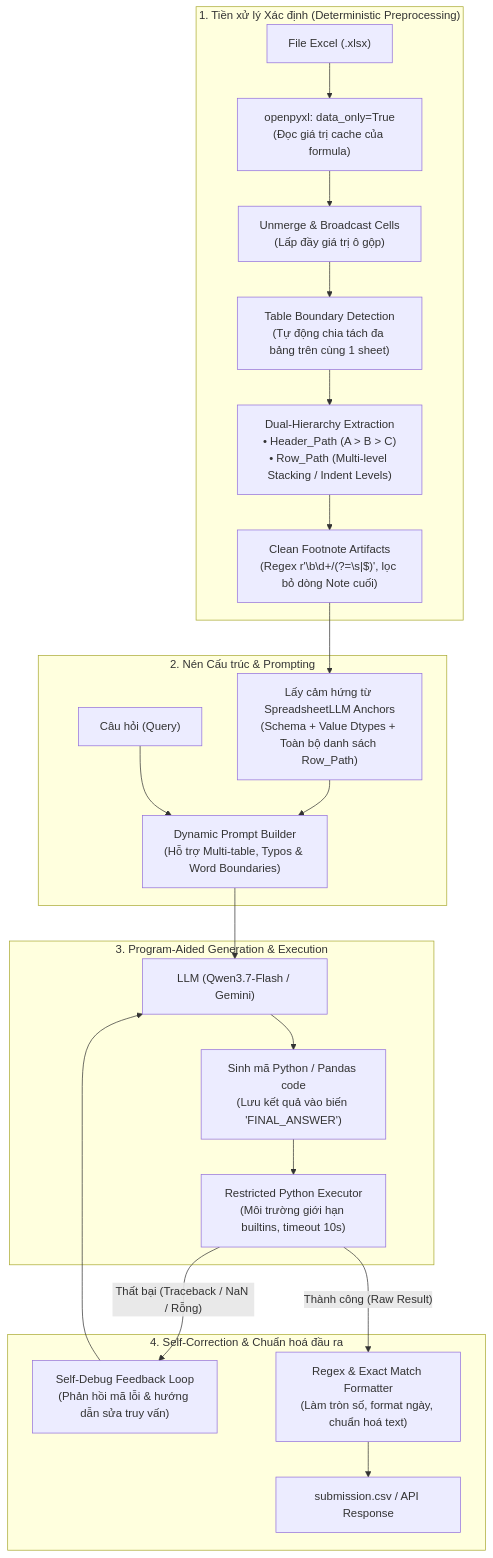
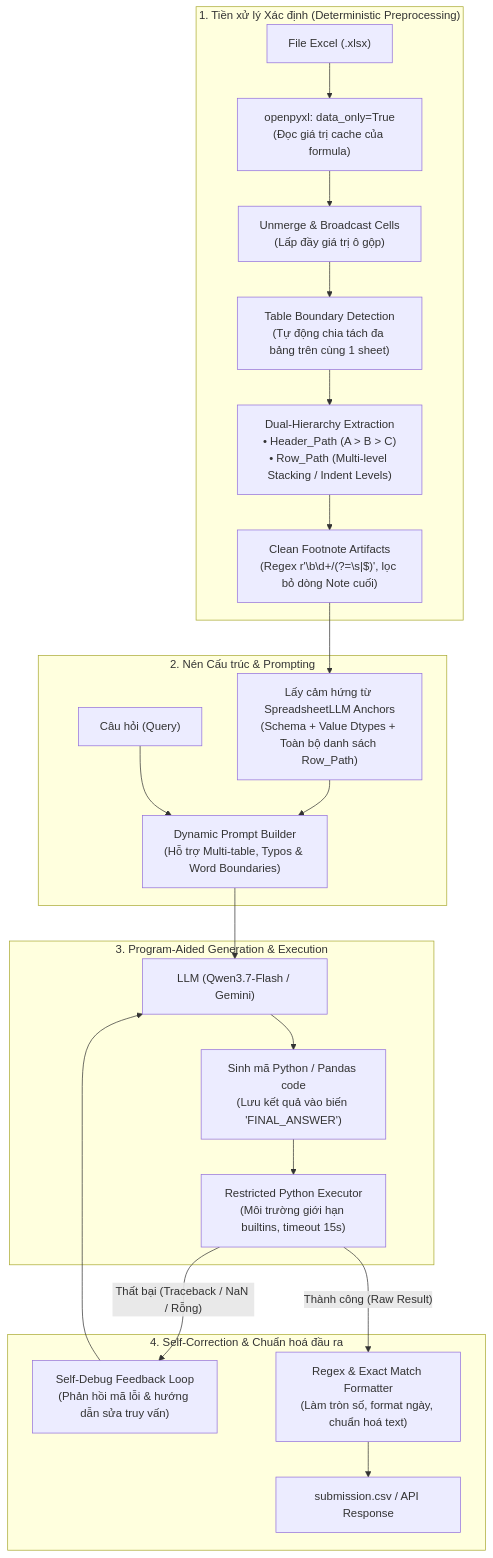
Before and after one commit to daFoggo/round-1: the diagram in README.md, drawn with Mermaid. The commit also changed other lines of this file and 19 other files, not shown here.

````diff
--- a/README.md
+++ b/README.md
@@ -9,29 +9,29 @@
 ```mermaid
 flowchart TD
     subgraph S1["1. Tiền xử lý Xác định (Deterministic Preprocessing)"]
         F["File Excel (.xlsx)"] --> P1["openpyxl: data_only=True<br/>(Đọc giá trị cache của formula)"]
         P1 --> P2["Unmerge & Broadcast Cells<br/>(Lấp đầy giá trị ô gộp)"]
         P2 --> P3["Table Boundary Detection<br/>(Tự động chia tách đa bảng trên cùng 1 sheet)"]
         P3 --> P4["Dual-Hierarchy Extraction<br/>• Header_Path (A > B > C)<br/>• Row_Path (Multi-level Stacking / Indent Levels)"]
         P4 --> P5["Clean Footnote Artifacts<br/>(Regex r'\b\d+/(?=\s|$)', lọc bỏ dòng Note cuối)"]
     end
 
     subgraph S2["2. Nén Cấu trúc & Prompting"]
         P5 --> C1["Lấy cảm hứng từ SpreadsheetLLM Anchors<br/>(Schema + Value Dtypes + Toàn bộ danh sách Row_Path)"]
         C1 --> PR["Dynamic Prompt Builder<br/>(Hỗ trợ Multi-table, Typos & Word Boundaries)"]
         Q["Câu hỏi (Query)"] --> PR
     end
 
     subgraph S3["3. Program-Aided Generation & Execution"]
         PR --> LLM["LLM (Qwen3.7-Flash / Gemini)"]
         LLM --> CODE["Sinh mã Python / Pandas code<br/>(Lưu kết quả vào biến 'FINAL_ANSWER')"]
-        CODE --> EXEC["Restricted Python Executor<br/>(Môi trường giới hạn builtins, timeout 10s)"]
+        CODE --> EXEC["Restricted Python Executor<br/>(Môi trường giới hạn builtins, timeout 15s)"]
     end
 
     subgraph S4["4. Self-Correction & Chuẩn hoá đầu ra"]
         EXEC -- "Thất bại (Traceback / NaN / Rỗng)" --> FEEDBACK["Self-Debug Feedback Loop<br/>(Phản hồi mã lỗi & hướng dẫn sửa truy vấn)"]
         FEEDBACK --> LLM
         EXEC -- "Thành công (Raw Result)" --> FMT["Regex & Exact Match Formatter<br/>(Làm tròn số, format ngày, chuẩn hoá text)"]
         FMT --> OUT["submission.csv / API Response"]
     end
 ```
````
